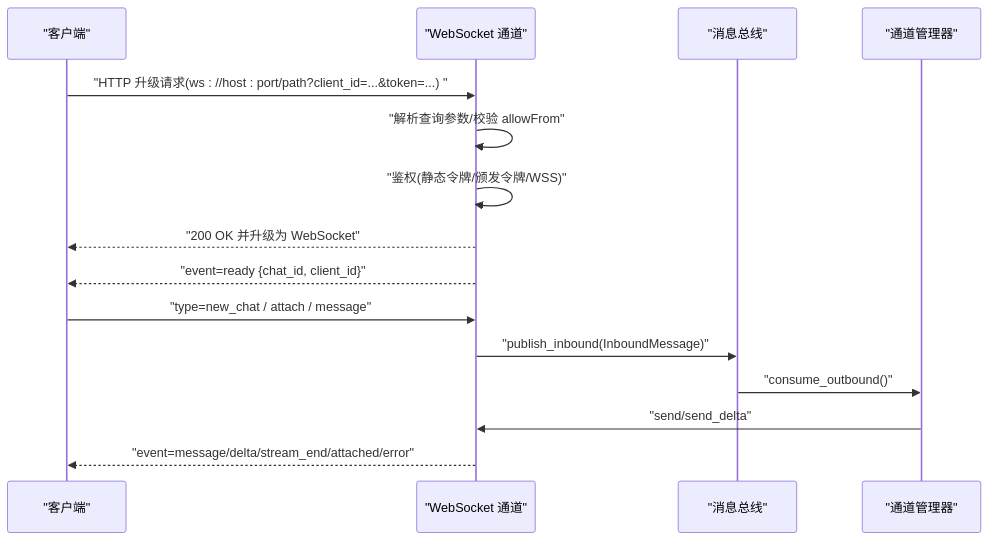
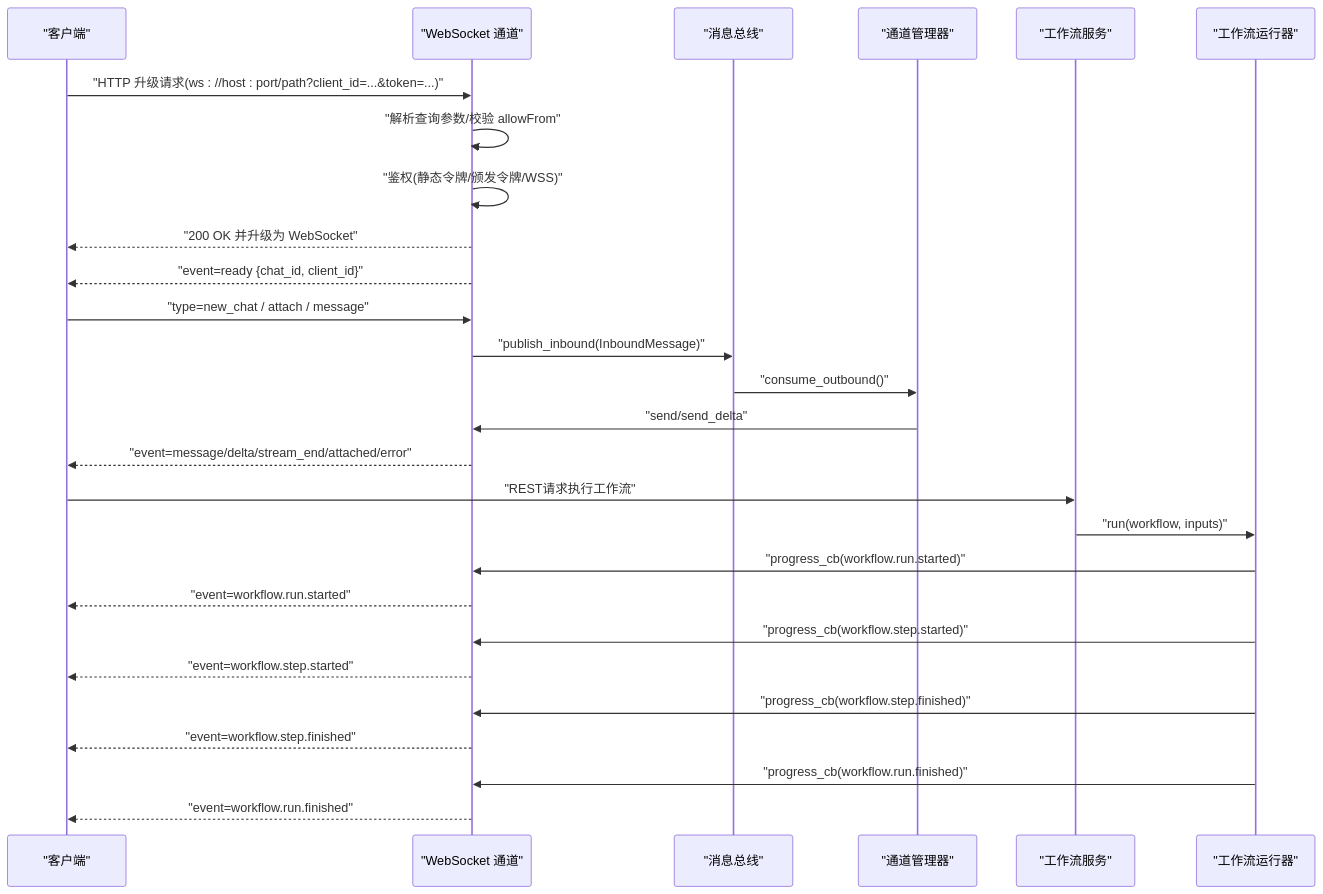
The second of 10 diagrams in .qoder/repowiki/zh/content/API服务设计/WebSocket通信.md (gongzeq/VAPT3), drawn with Mermaid before and after one commit. The commit also changed other lines of this file and 33 other files, not shown here.

````diff
--- a/.qoder/repowiki/zh/content/API服务设计/WebSocket通信.md
+++ b/.qoder/repowiki/zh/content/API服务设计/WebSocket通信.md
@@ -109,17 +147,29 @@
 ```mermaid
 sequenceDiagram
 participant Client as "客户端"
 participant WS as "WebSocket 通道"
 participant Bus as "消息总线"
 participant Manager as "通道管理器"
-Client->>WS : "HTTP 升级请求(ws : //host : port/path?client_id=...&token=...) "
+participant Service as "工作流服务"
+participant Runner as "工作流运行器"
+Client->>WS : "HTTP 升级请求(ws : //host : port/path?client_id=...&token=...)"
 WS->>WS : "解析查询参数/校验 allowFrom"
 WS->>WS : "鉴权(静态令牌/颁发令牌/WSS)"
 WS-->>Client : "200 OK 并升级为 WebSocket"
 WS-->>Client : "event=ready {chat_id, client_id}"
 Client->>WS : "type=new_chat / attach / message"
 WS->>Bus : "publish_inbound(InboundMessage)"
 Bus->>Manager : "consume_outbound()"
 Manager->>WS : "send/send_delta"
 WS-->>Client : "event=message/delta/stream_end/attached/error"
+Client->>Service : "REST请求执行工作流"
+Service->>Runner : "run(workflow, inputs)"
+Runner->>WS : "progress_cb(workflow.run.started)"
+WS-->>Client : "event=workflow.run.started"
+Runner->>WS : "progress_cb(workflow.step.started)"
+WS-->>Client : "event=workflow.step.started"
+Runner->>WS : "progress_cb(workflow.step.finished)"
+WS-->>Client : "event=workflow.step.finished"
+Runner->>WS : "progress_cb(workflow.run.finished)"
+WS-->>Client : "event=workflow.run.finished"
 ```
````
